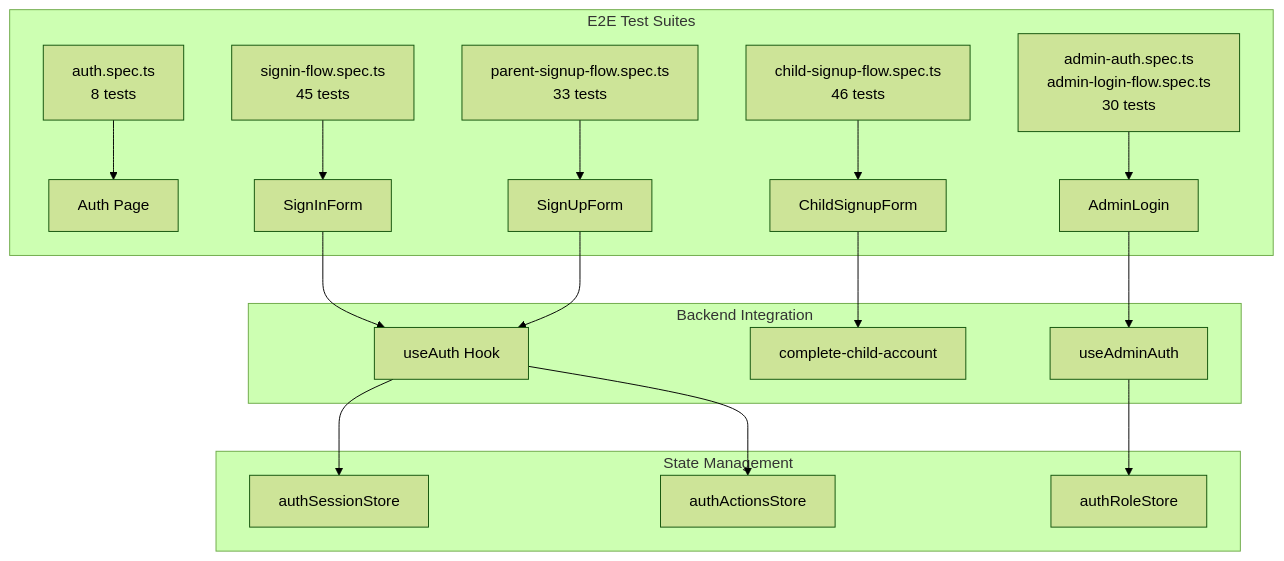
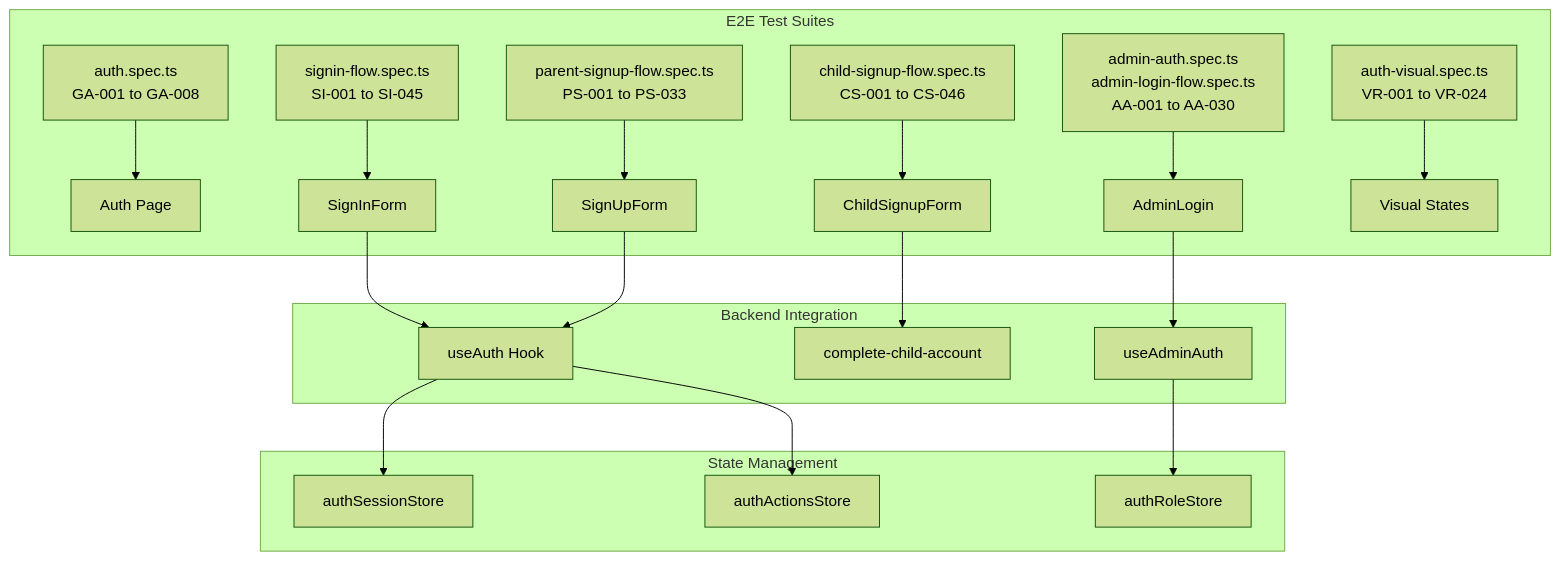
One commit to tasyymou5e/chatterbox changed the diagram in AUTH_E2E_COVERAGE_REPORT.md. Above: the diagram before and after it, drawn with Mermaid (forest theme). The commit also changed other lines of this file, not shown here.

````diff
--- a/AUTH_E2E_COVERAGE_REPORT.md
+++ b/AUTH_E2E_COVERAGE_REPORT.md
@@ -177,23 +679,24 @@
 ```mermaid
 graph TD
     subgraph "E2E Test Suites"
-        A[auth.spec.ts<br/>8 tests] --> B[Auth Page]
-        C[signin-flow.spec.ts<br/>45 tests] --> D[SignInForm]
-        E[parent-signup-flow.spec.ts<br/>33 tests] --> F[SignUpForm]
-        G[child-signup-flow.spec.ts<br/>46 tests] --> H[ChildSignupForm]
-        I[admin-auth.spec.ts<br/>admin-login-flow.spec.ts<br/>30 tests] --> J[AdminLogin]
+        A[auth.spec.ts<br/>GA-001 to GA-008] --> B[Auth Page]
+        C[signin-flow.spec.ts<br/>SI-001 to SI-045] --> D[SignInForm]
+        E[parent-signup-flow.spec.ts<br/>PS-001 to PS-033] --> F[SignUpForm]
+        G[child-signup-flow.spec.ts<br/>CS-001 to CS-046] --> H[ChildSignupForm]
+        I[admin-auth.spec.ts<br/>admin-login-flow.spec.ts<br/>AA-001 to AA-030] --> J[AdminLogin]
+        K[auth-visual.spec.ts<br/>VR-001 to VR-024] --> L[Visual States]
     end
     
     subgraph "Backend Integration"
-        D --> K[useAuth Hook]
-        F --> K
-        H --> L[complete-child-account]
-        J --> M[useAdminAuth]
+        D --> M[useAuth Hook]
+        F --> M
+        H --> N[complete-child-account]
+        J --> O[useAdminAuth]
     end
     
     subgraph "State Management"
-        K --> N[authSessionStore]
-        K --> O[authActionsStore]
-        M --> P[authRoleStore]
+        M --> P[authSessionStore]
+        M --> Q[authActionsStore]
+        O --> R[authRoleStore]
     end
 ```
````
